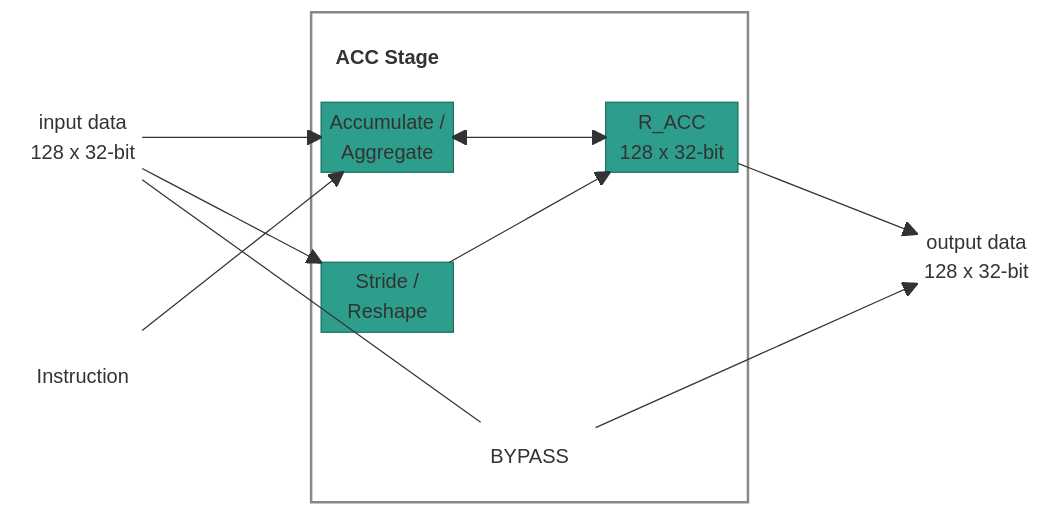
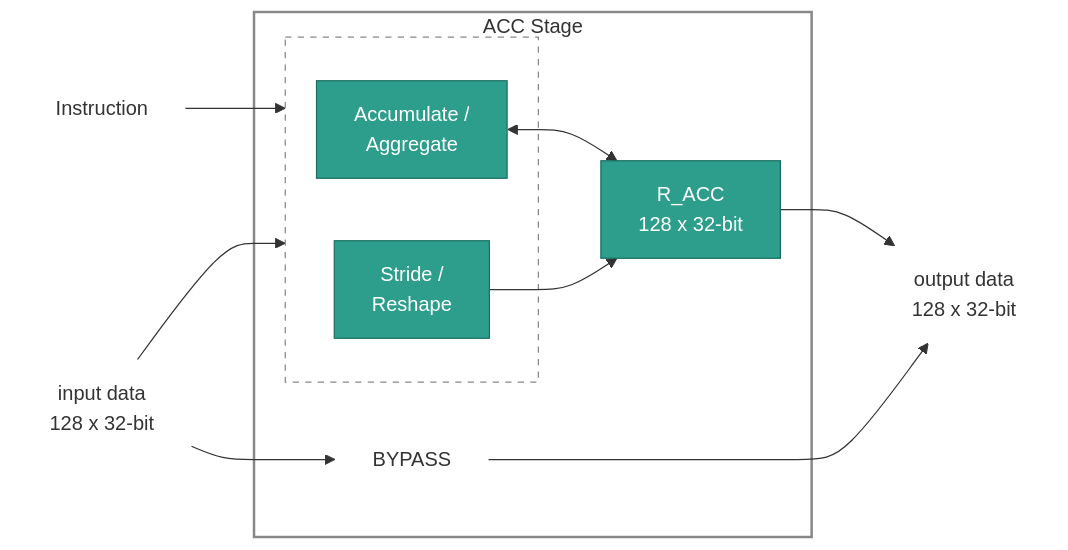
The diagram in docs/content/specs/ARCH-stage-acc.md (rechefe/ipu-emulator), drawn with Mermaid before and after one commit. The commit also changed other lines of this file and 2 other files, not shown here.

Commit message:
Update architectural documentation: add disagreements with the emulator and refine block diagrams for ACC and MULT stages

````diff
--- a/docs/content/specs/ARCH-stage-acc.md
+++ b/docs/content/specs/ARCH-stage-acc.md
@@ -39,41 +40,28 @@
 ```mermaid
-block-beta
-    columns 7
-    block:INS:1
-        columns 1
-        IN_DATA["input data<br>128 x 32-bit"]
-        INSTR["Instruction"]
-    end
-    space
-    block:STAGE:3
-        columns 3
-        TITLE["ACC Stage"] space:2
-        ALU["Accumulate /<br>Aggregate"] space RACC["R_ACC<br>128 x 32-bit"]
-        space:3
-        PERM["Stride /<br>Reshape"] space:2
-        space:3
-        space BYP["BYPASS"] space
-    end
-    space
-    block:OUTS:1
-        columns 1
-        OUT_DATA["output data<br>128 x 32-bit"]
+flowchart LR
+    IN_DATA["input data<br>128 x 32-bit"]:::io
+    INSTR["Instruction"]:::io
+    OUT_DATA["output data<br>128 x 32-bit"]:::io
+
+    subgraph STAGE["ACC Stage"]
+        subgraph OPS[" "]
+            ALU["Accumulate /<br>Aggregate"]:::blk
+            PERM["Stride /<br>Reshape"]:::blk
+        end
+        RACC["R_ACC<br>128 x 32-bit"]:::blk
+        BYP["BYPASS"]:::io
     end
 
-    IN_DATA --> ALU
-    IN_DATA --> PERM
-    INSTR --> ALU
+    INSTR --> OPS
+    IN_DATA --> OPS
+    IN_DATA --> BYP
     ALU <--> RACC
     PERM --> RACC
     RACC --> OUT_DATA
-    IN_DATA --- BYP
-    BYP --> OUT_DATA
+    BYP ---> OUT_DATA
 
     classDef io fill:none,stroke:none
     classDef blk fill:#2e9e8c,stroke:#1a7060,color:#fff
-    classDef title fill:none,stroke:none,font-weight:bold
-    class IN_DATA,INSTR,OUT_DATA,INS,OUTS,BYP io
-    class ALU,RACC,PERM blk
-    class TITLE title
     style STAGE fill:none,stroke:#888,stroke-width:2px
+    style OPS fill:none,stroke:#888,stroke-dasharray:5 5
 ```
````
